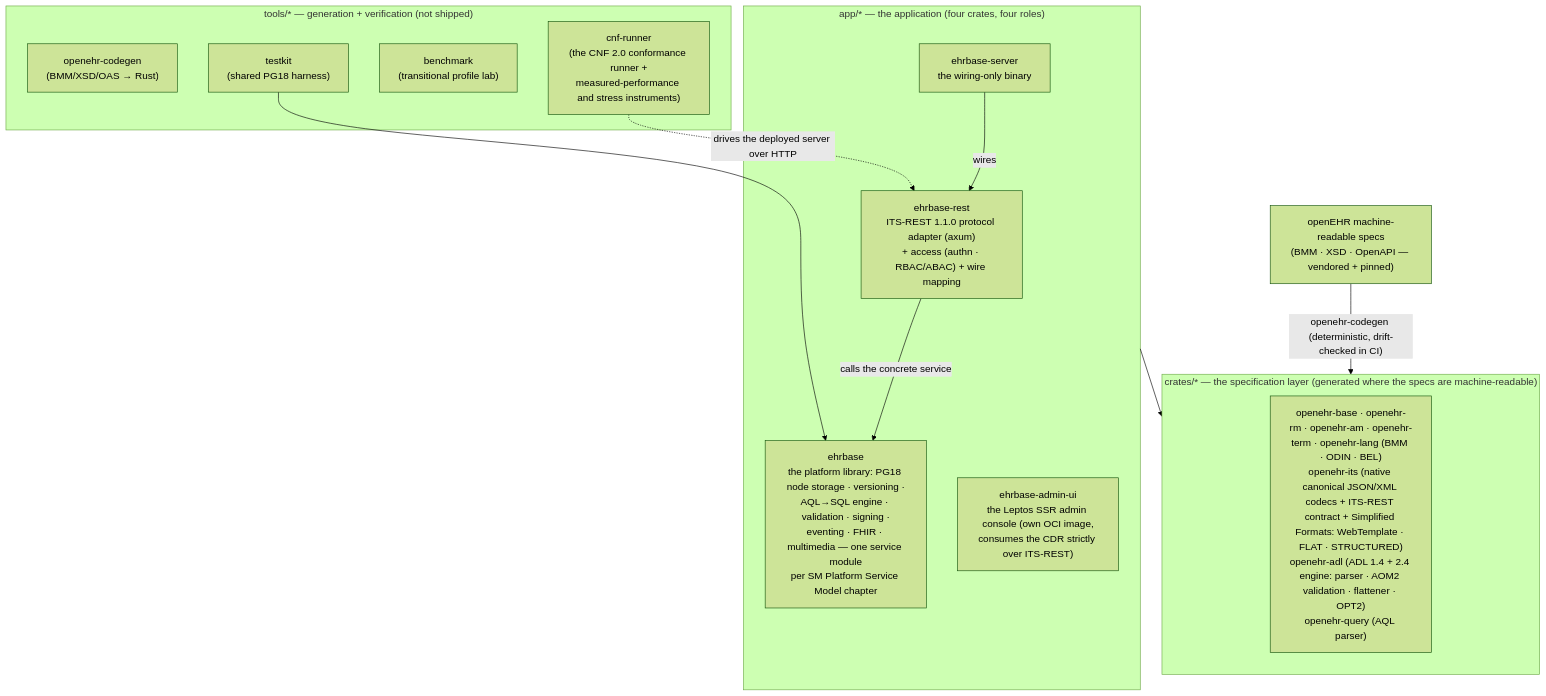
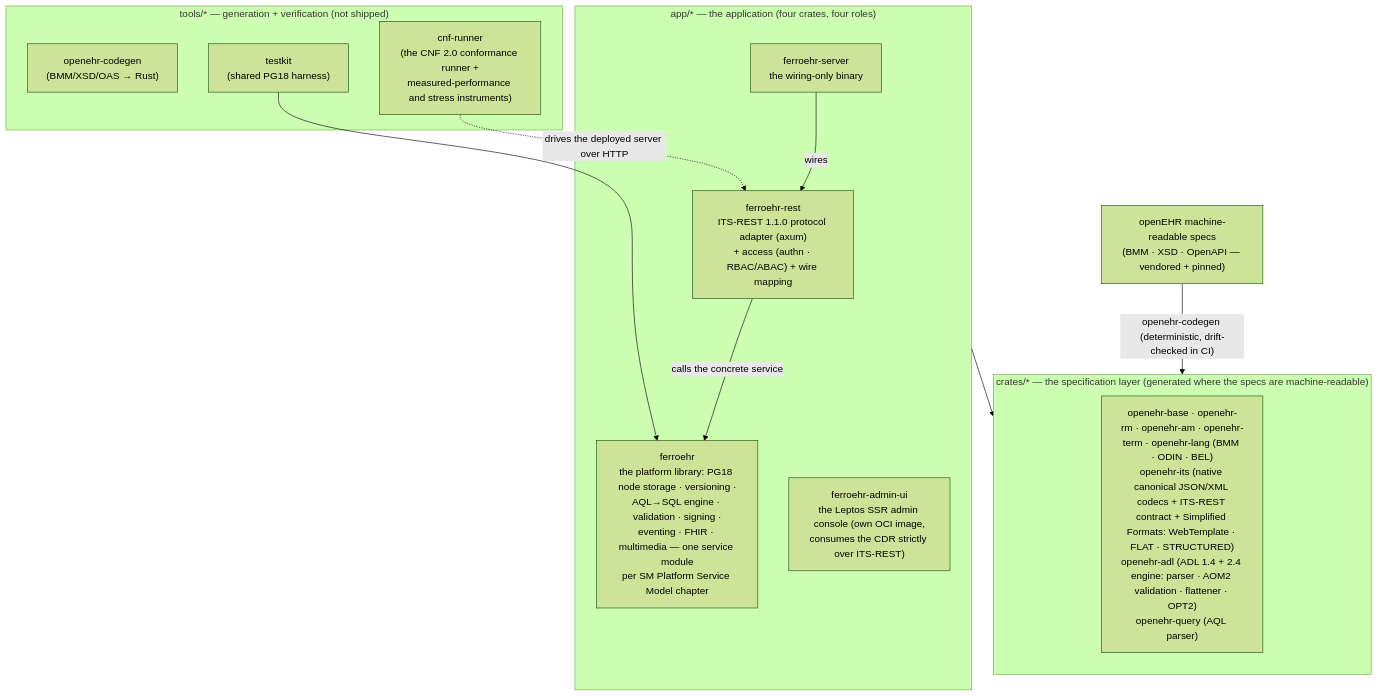
One commit to rubentalstra/FerroEHR changed the diagram in README.md. Above: the diagram before and after it, drawn with Mermaid (forest theme). The commit also changed other lines of this file and 1253 other files, not shown here.

````diff
--- a/README.md
+++ b/README.md
@@ -227,29 +199,28 @@
 ```mermaid
 flowchart TB
     specs["openEHR machine-readable specs<br/>(BMM · XSD · OpenAPI — vendored + pinned)"]
 
     subgraph crates ["crates/* — the specification layer (generated where the specs are machine-readable)"]
         openehr["openehr-base · openehr-rm · openehr-am · openehr-term · openehr-lang (BMM · ODIN · BEL)<br/>openehr-its (native canonical JSON/XML codecs + ITS-REST contract + Simplified Formats: WebTemplate · FLAT · STRUCTURED)<br/>openehr-adl (ADL 1.4 + 2.4 engine: parser · AOM2 validation · flattener · OPT2)<br/>openehr-query (AQL parser)"]
     end
 
     subgraph app ["app/* — the application (four crates, four roles)"]
-        rest["ehrbase-rest<br/>ITS-REST 1.1.0 protocol adapter (axum)<br/>+ access (authn · RBAC/ABAC) + wire mapping"]
-        core["ehrbase<br/>the platform library: PG18 node storage · versioning ·<br/>AQL→SQL engine · validation · signing ·<br/>eventing · FHIR · multimedia — one service module<br/>per SM Platform Service Model chapter"]
-        bin["ehrbase-server<br/>the wiring-only binary"]
-        adminui["ehrbase-admin-ui<br/>the Leptos SSR admin console (own OCI image,<br/>consumes the CDR strictly over ITS-REST)"]
+        rest["ferroehr-rest<br/>ITS-REST 1.1.0 protocol adapter (axum)<br/>+ access (authn · RBAC/ABAC) + wire mapping"]
+        core["ferroehr<br/>the platform library: PG18 node storage · versioning ·<br/>AQL→SQL engine · validation · signing ·<br/>eventing · FHIR · multimedia — one service module<br/>per SM Platform Service Model chapter"]
+        bin["ferroehr-server<br/>the wiring-only binary"]
+        adminui["ferroehr-admin-ui<br/>the Leptos SSR admin console (own OCI image,<br/>consumes the CDR strictly over ITS-REST)"]
     end
 
     subgraph tools ["tools/* — generation + verification (not shipped)"]
         codegen["openehr-codegen<br/>(BMM/XSD/OAS → Rust)"]
         conf["cnf-runner<br/>(the CNF 2.0 conformance runner +<br/>measured-performance and stress instruments)"]
-        bench["benchmark<br/>(transitional profile lab)"]
         testkit["testkit<br/>(shared PG18 harness)"]
     end
 
     specs -- "openehr-codegen (deterministic, drift-checked in CI)" --> crates
     bin -- "wires" --> rest
     rest -- "calls the concrete service" --> core
     app --> crates
     conf -. "drives the deployed server over HTTP" .-> rest
     testkit --> core
 ```
````
